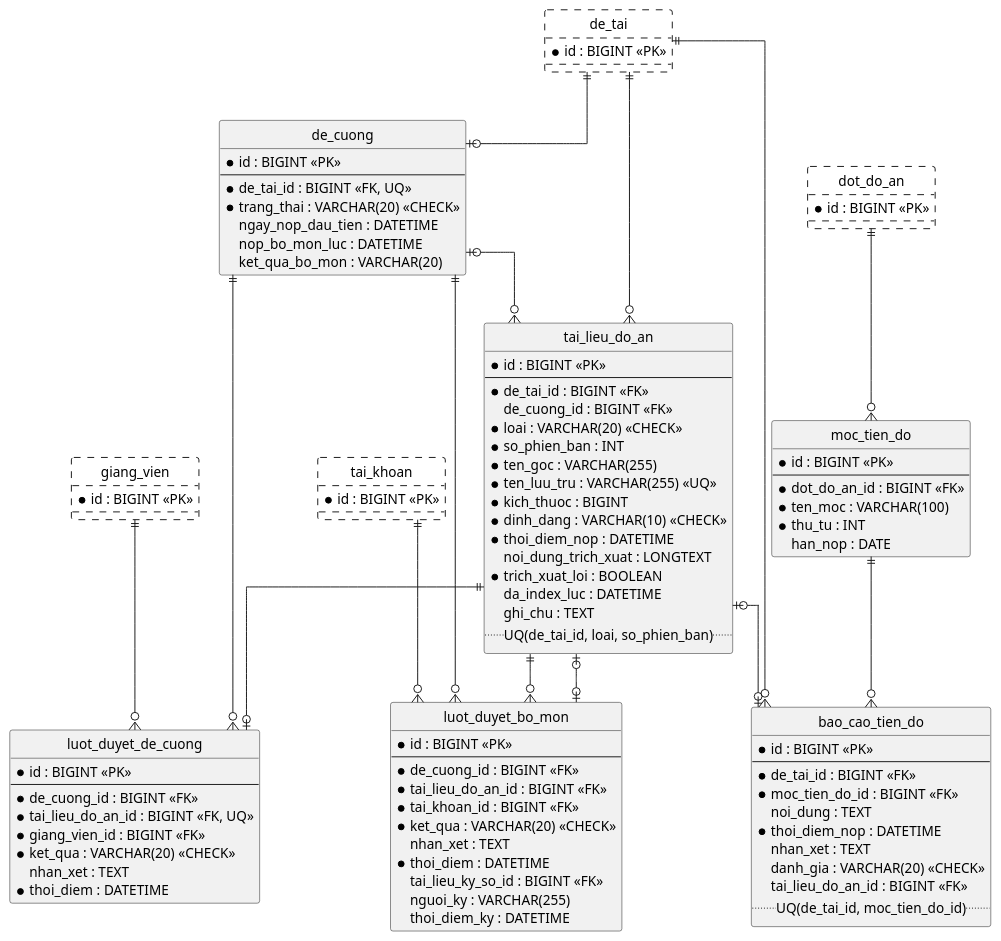
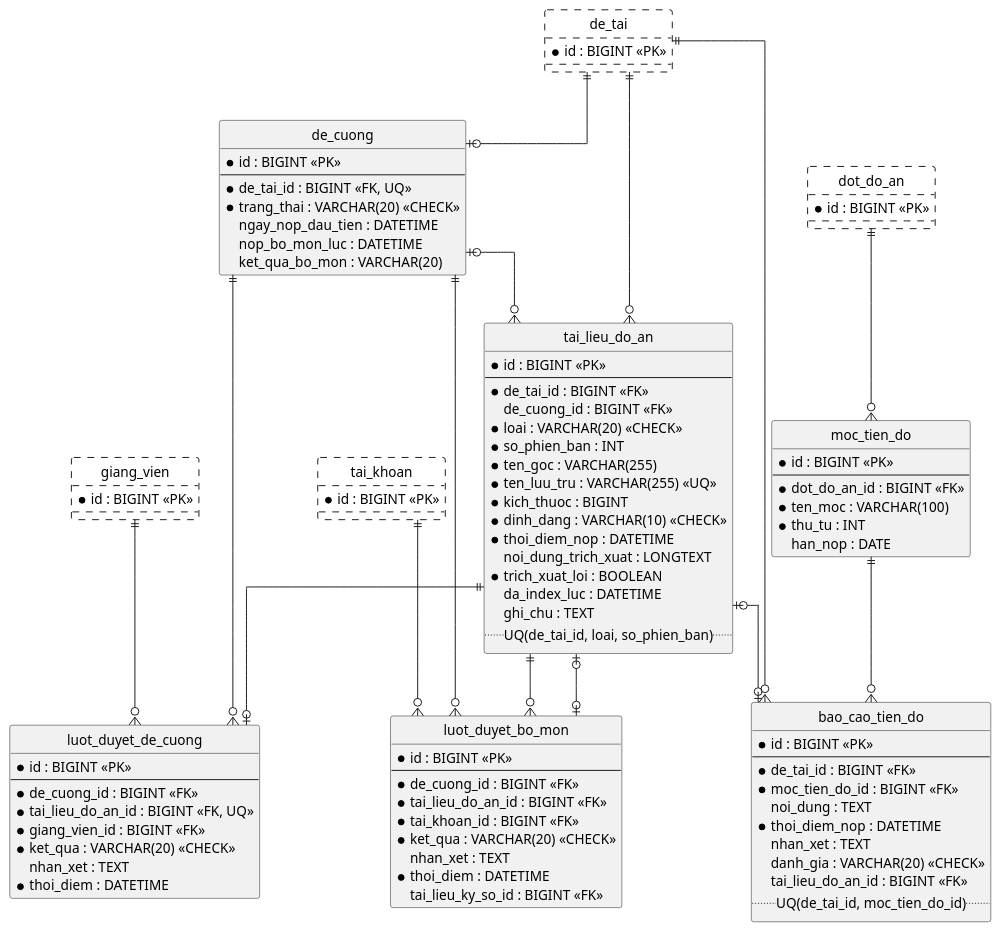
Before and after one commit to dtc235200036-alt/ICTU-DATN-NguyenThiMaiAnh: the diagram in docs/chuong-3-thiet-ke/csdl/erd-de-cuong-tien-do.puml, drawn with PlantUML. The commit also changed 81 other files, not shown here.

```diff
--- a/docs/chuong-3-thiet-ke/csdl/erd-de-cuong-tien-do.puml
+++ b/docs/chuong-3-thiet-ke/csdl/erd-de-cuong-tien-do.puml
@@ -1,114 +1,112 @@
 @startuml erd-de-cuong-tien-do
 ' Nhóm 2 của thesis_core: đề cương, tài liệu, duyệt hai cấp và tiến độ.
 ' Trích từ erd.puml; bảng viền nét đứt thuộc nhóm khác.
 ' Quy ước: dấu * trước tên cột = NOT NULL.
 hide circle
 skinparam linetype ortho
 skinparam nodesep 40
 skinparam ranksep 50
 
 entity "de_tai" as de_tai #FFFFFF;line.dashed {
   *id : BIGINT <<PK>>
 }
 entity "dot_do_an" as dot_do_an #FFFFFF;line.dashed {
   *id : BIGINT <<PK>>
 }
 entity "giang_vien" as giang_vien #FFFFFF;line.dashed {
   *id : BIGINT <<PK>>
 }
 entity "tai_khoan" as tai_khoan #FFFFFF;line.dashed {
   *id : BIGINT <<PK>>
 }
 
 entity "de_cuong" as de_cuong {
   *id : BIGINT <<PK>>
   --
   *de_tai_id : BIGINT <<FK, UQ>>
   *trang_thai : VARCHAR(20) <<CHECK>>
   ngay_nop_dau_tien : DATETIME
   nop_bo_mon_luc : DATETIME
   ket_qua_bo_mon : VARCHAR(20)
 }
 
 entity "tai_lieu_do_an" as tai_lieu_do_an {
   *id : BIGINT <<PK>>
   --
   *de_tai_id : BIGINT <<FK>>
   de_cuong_id : BIGINT <<FK>>
   *loai : VARCHAR(20) <<CHECK>>
   *so_phien_ban : INT
   *ten_goc : VARCHAR(255)
   *ten_luu_tru : VARCHAR(255) <<UQ>>
   *kich_thuoc : BIGINT
   *dinh_dang : VARCHAR(10) <<CHECK>>
   *thoi_diem_nop : DATETIME
   noi_dung_trich_xuat : LONGTEXT
   *trich_xuat_loi : BOOLEAN
   da_index_luc : DATETIME
   ghi_chu : TEXT
   ..UQ(de_tai_id, loai, so_phien_ban)..
 }
 
 entity "luot_duyet_de_cuong" as luot_duyet_de_cuong {
   *id : BIGINT <<PK>>
   --
   *de_cuong_id : BIGINT <<FK>>
   *tai_lieu_do_an_id : BIGINT <<FK, UQ>>
   *giang_vien_id : BIGINT <<FK>>
   *ket_qua : VARCHAR(20) <<CHECK>>
   nhan_xet : TEXT
   *thoi_diem : DATETIME
 }
 
 entity "luot_duyet_bo_mon" as luot_duyet_bo_mon {
   *id : BIGINT <<PK>>
   --
   *de_cuong_id : BIGINT <<FK>>
   *tai_lieu_do_an_id : BIGINT <<FK>>
   *tai_khoan_id : BIGINT <<FK>>
   *ket_qua : VARCHAR(20) <<CHECK>>
   nhan_xet : TEXT
   *thoi_diem : DATETIME
   tai_lieu_ky_so_id : BIGINT <<FK>>
-  nguoi_ky : VARCHAR(255)
-  thoi_diem_ky : DATETIME
 }
 
 entity "moc_tien_do" as moc_tien_do {
   *id : BIGINT <<PK>>
   --
   *dot_do_an_id : BIGINT <<FK>>
   *ten_moc : VARCHAR(100)
   *thu_tu : INT
   han_nop : DATE
 }
 
 entity "bao_cao_tien_do" as bao_cao_tien_do {
   *id : BIGINT <<PK>>
   --
   *de_tai_id : BIGINT <<FK>>
   *moc_tien_do_id : BIGINT <<FK>>
   noi_dung : TEXT
   *thoi_diem_nop : DATETIME
   nhan_xet : TEXT
   danh_gia : VARCHAR(20) <<CHECK>>
   tai_lieu_do_an_id : BIGINT <<FK>>
   ..UQ(de_tai_id, moc_tien_do_id)..
 }
 
 de_tai ||--o| de_cuong
 de_tai ||--o{ tai_lieu_do_an
 de_cuong |o--o{ tai_lieu_do_an
 de_cuong ||--o{ luot_duyet_de_cuong
 tai_lieu_do_an ||--o| luot_duyet_de_cuong
 giang_vien ||--o{ luot_duyet_de_cuong
 de_cuong ||--o{ luot_duyet_bo_mon
 tai_lieu_do_an ||--o{ luot_duyet_bo_mon
 tai_lieu_do_an |o--o| luot_duyet_bo_mon
 tai_khoan ||--o{ luot_duyet_bo_mon
 dot_do_an ||--o{ moc_tien_do
 de_tai ||--o{ bao_cao_tien_do
 moc_tien_do ||--o{ bao_cao_tien_do
 tai_lieu_do_an |o--o| bao_cao_tien_do
 
 @enduml
```
